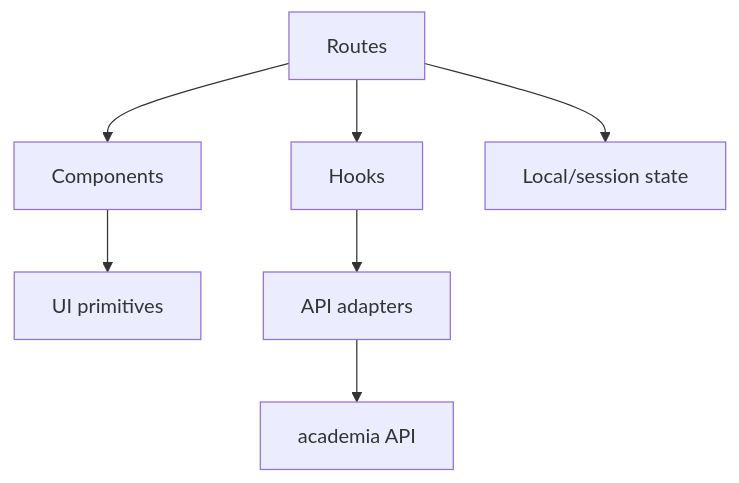
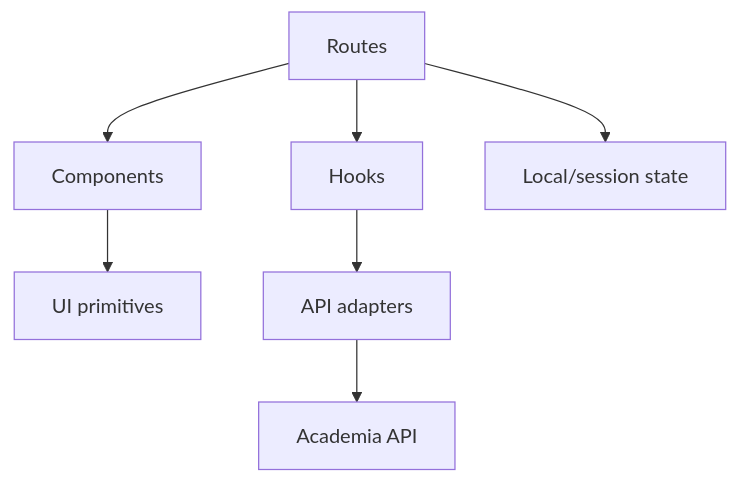
Before and after one commit to rebhi-2002/pixely-frame-magic: the diagram in docs/architecture/frontend.md, drawn with Mermaid. The commit also changed 58 other files, not shown here.

````diff
--- a/docs/architecture/frontend.md
+++ b/docs/architecture/frontend.md
@@ -5,9 +5,9 @@
 ```mermaid
 graph TD
   Routes[Routes] --> Components[Components]
   Components --> UI[UI primitives]
   Routes --> Hooks[Hooks]
   Hooks --> Integrations[API adapters]
-  Integrations --> Backend[academia API]
+  Integrations --> Backend[Academia API]
   Routes --> LocalState[Local/session state]
 ```
````
